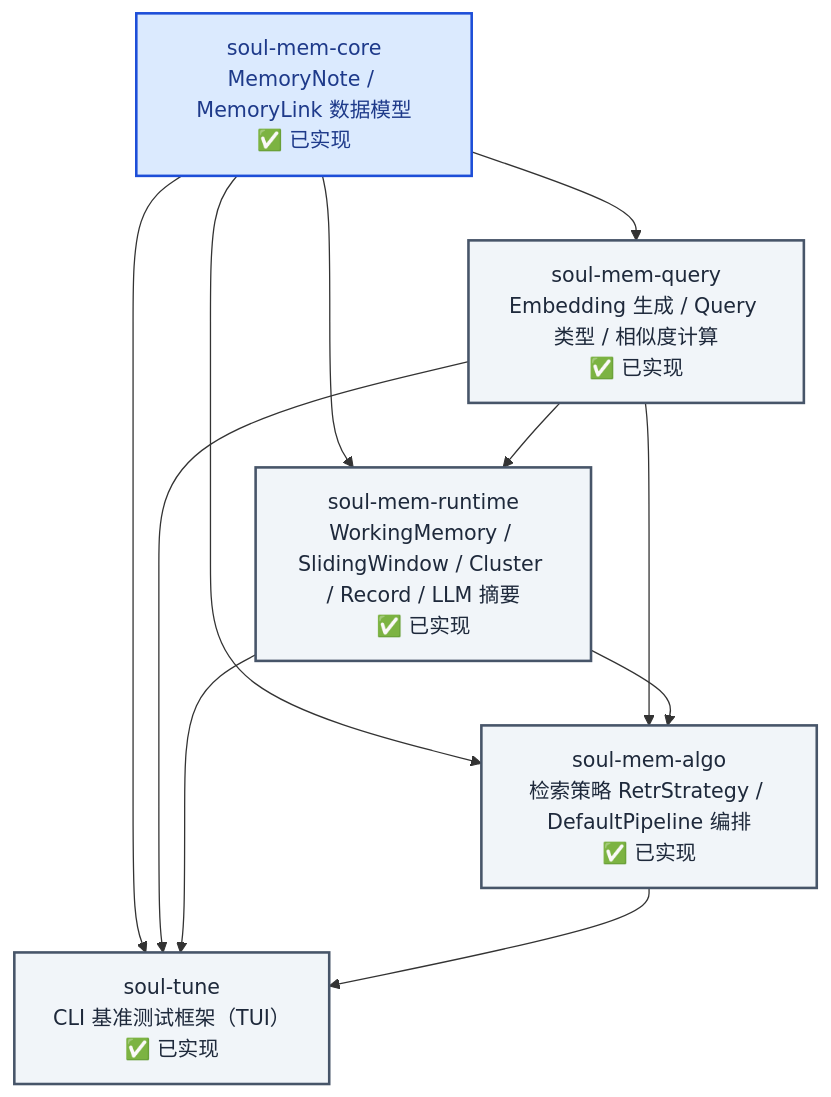
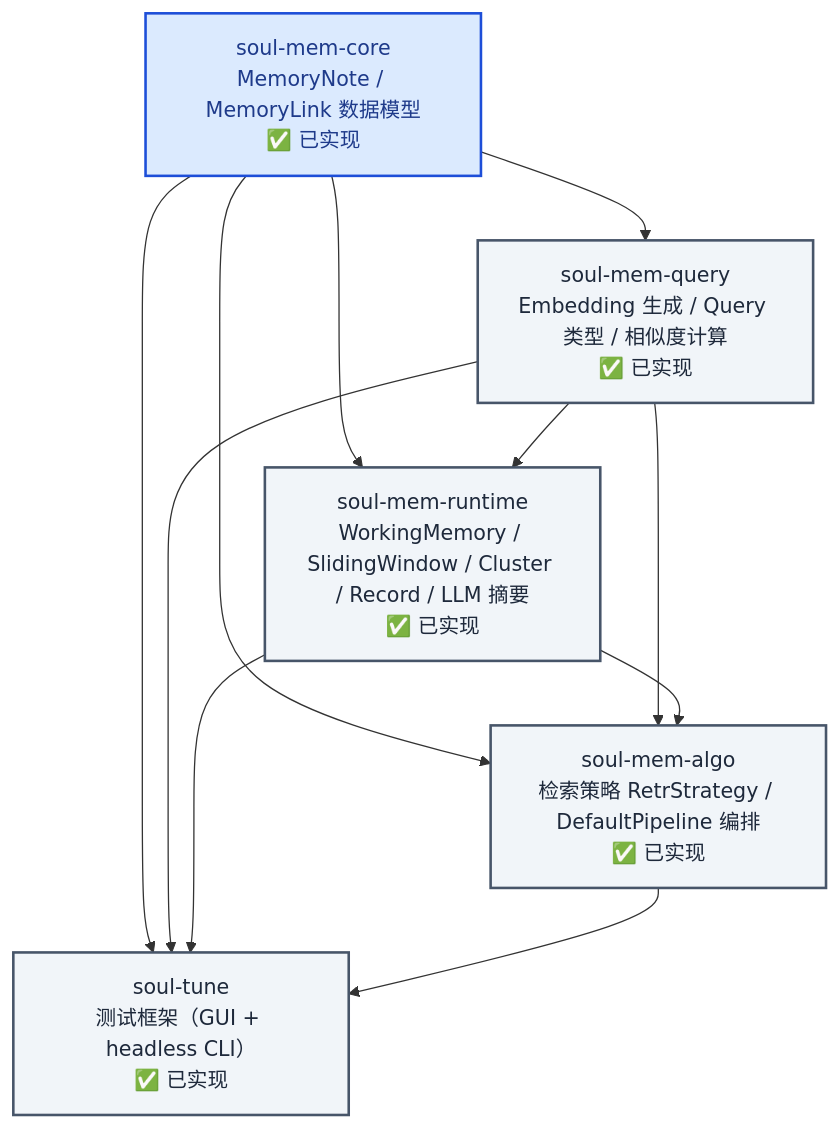
The second of 3 diagrams in docs/architecture/orchestration.md (dynamder/Soulmem), drawn with Mermaid before and after one commit. The commit also changed 170 other files, not shown here.

First line of the commit message:
feat(soul-tune): 迁移测试框架 UI 至 Flutter + FRB 桥接，移除 TUI 与死代码

````diff
--- a/docs/architecture/orchestration.md
+++ b/docs/architecture/orchestration.md
@@ -116,25 +116,25 @@
 ```mermaid
 graph TD
     classDef core fill:#dbeafe,stroke:#1d4ed8,stroke-width:2px,color:#1e3a8a;
     classDef layer fill:#f1f5f9,stroke:#475569,stroke-width:2px,color:#1e293b;
 
     core["soul-mem-core<br/>MemoryNote / MemoryLink 数据模型<br/>✅ 已实现"]
     query["soul-mem-query<br/>Embedding 生成 / Query 类型 / 相似度计算<br/>✅ 已实现"]
     runtime["soul-mem-runtime<br/>WorkingMemory / SlidingWindow / Cluster / Record / LLM 摘要<br/>✅ 已实现"]
     algo["soul-mem-algo<br/>检索策略 RetrStrategy / DefaultPipeline 编排<br/>✅ 已实现"]
-    tune["soul-tune<br/>CLI 基准测试框架（TUI）<br/>✅ 已实现"]
+    tune["soul-tune<br/>测试框架（GUI + headless CLI）<br/>✅ 已实现"]
 
     core --> query
     core --> runtime
     query --> runtime
     core --> algo
     query --> algo
     runtime --> algo
     core --> tune
     query --> tune
     runtime --> tune
     algo --> tune
 
     class core core;
     class query,runtime,algo,tune layer;
 ```
````
